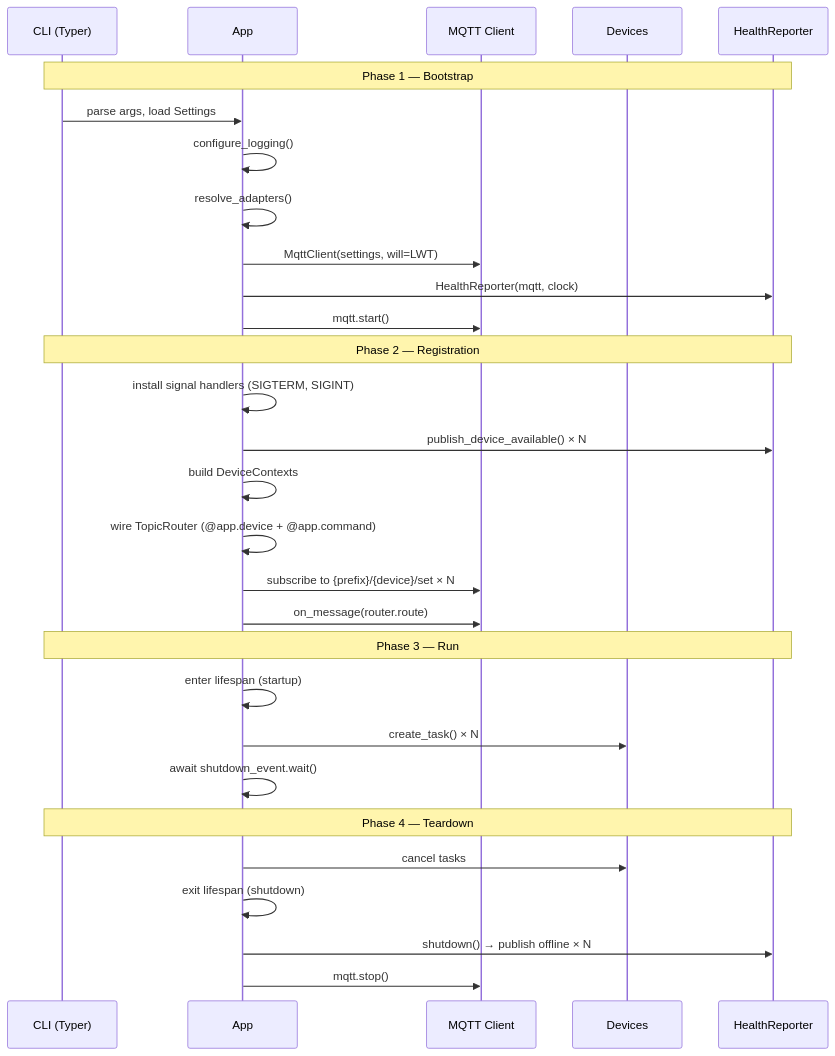
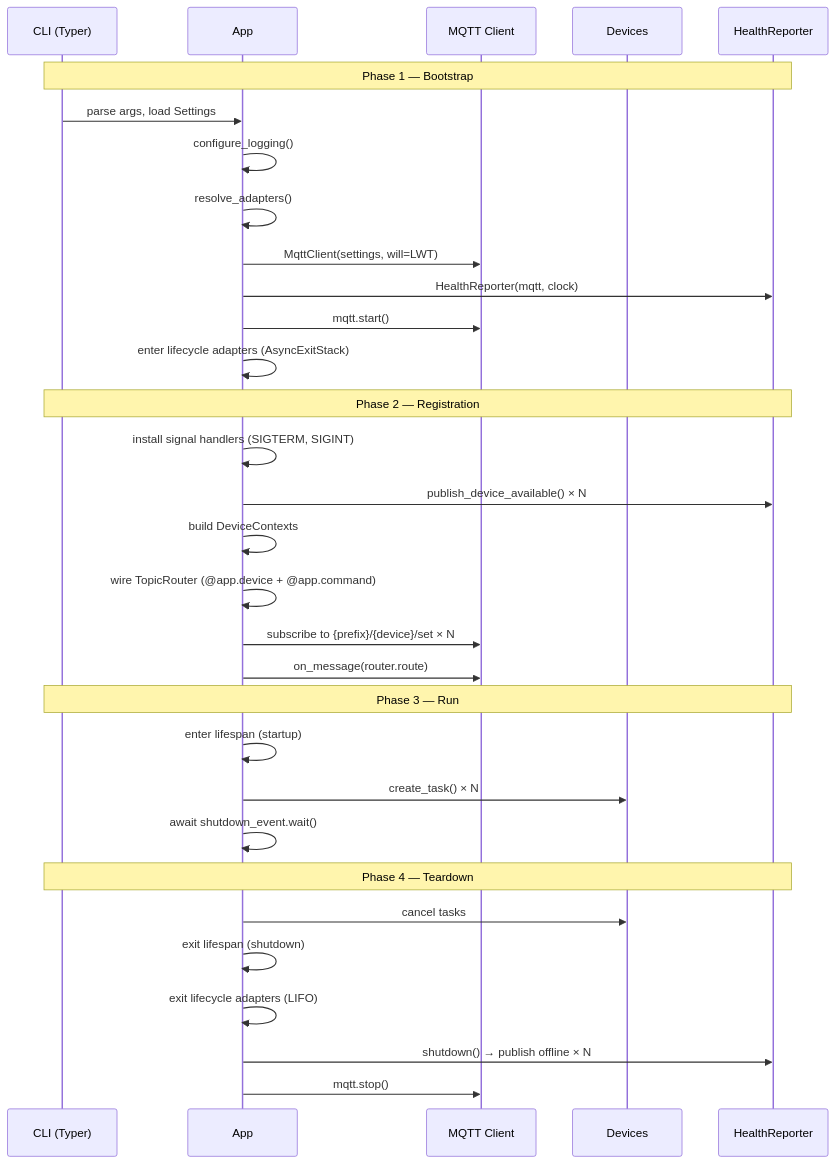
One commit to ff-fab/cosalette changed the diagram in docs/concepts/lifecycle.md. Above: the diagram before and after it, drawn with Mermaid. The commit also changed other lines of this file and 9 other files, not shown here.

First line of the commit message:
feat: auto-manage adapter lifecycle via async context manager protocol (#49)

````diff
--- a/docs/concepts/lifecycle.md
+++ b/docs/concepts/lifecycle.md
@@ -13,35 +13,37 @@
 ```mermaid
 sequenceDiagram
     participant CLI as CLI (Typer)
     participant App
     participant MQTT as MQTT Client
     participant Devices
     participant Health as HealthReporter
 
     Note over CLI,Health: Phase 1 — Bootstrap
     CLI->>App: parse args, load Settings
     App->>App: configure_logging()
     App->>App: resolve_adapters()
     App->>MQTT: MqttClient(settings, will=LWT)
     App->>Health: HealthReporter(mqtt, clock)
     App->>MQTT: mqtt.start()
+    App->>App: enter lifecycle adapters (AsyncExitStack)
 
     Note over CLI,Health: Phase 2 — Registration
     App->>App: install signal handlers (SIGTERM, SIGINT)
     App->>Health: publish_device_available() × N
     App->>App: build DeviceContexts
     App->>App: wire TopicRouter (@app.device + @app.command)
     App->>MQTT: subscribe to {prefix}/{device}/set × N
     App->>MQTT: on_message(router.route)
 
     Note over CLI,Health: Phase 3 — Run
     App->>App: enter lifespan (startup)
     App->>Devices: create_task() × N
     App->>App: await shutdown_event.wait()
 
     Note over CLI,Health: Phase 4 — Teardown
     App->>Devices: cancel tasks
     App->>App: exit lifespan (shutdown)
+    App->>App: exit lifecycle adapters (LIFO)
     App->>Health: shutdown() → publish offline × N
     App->>MQTT: mqtt.stop()
 ```
````
